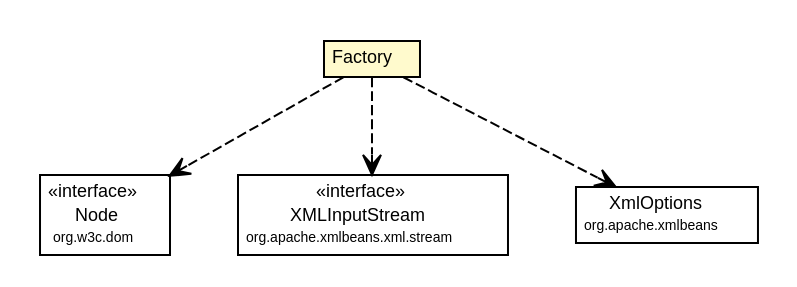
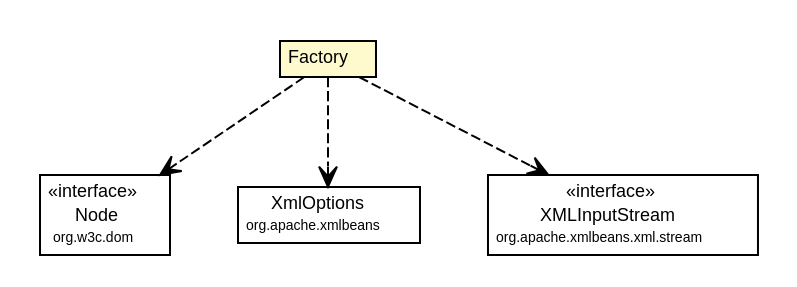
Before and after one commit to synchronoss/cpo-util: the diagram in site/apidocs/org/synchronoss/cpo/util/cpoUtilConfig/CtDataConfig.Factory.dot, drawn with Graphviz. The commit also changed 299 other files, not shown here.

Commit message:
Creating site for cpoUtil, 5.1.1-SNAPSHOT

```diff
--- a/site/apidocs/org/synchronoss/cpo/util/cpoUtilConfig/CtDataConfig.Factory.dot
+++ b/site/apidocs/org/synchronoss/cpo/util/cpoUtilConfig/CtDataConfig.Factory.dot
@@ -1,45 +1,45 @@
 #!/usr/local/bin/dot
 #
 # Class diagram 
 # Generated by UmlGraph version 4.6 (http://www.spinellis.gr/sw/umlgraph)
 #
 
 digraph G {
 	edge [fontname="Helvetica",fontsize=10,labelfontname="Helvetica",labelfontsize=10];
 	node [fontname="Helvetica",fontsize=10,shape=plaintext];
 	// org.synchronoss.cpo.util.cpoUtilConfig.CtDataConfig.Factory
 	c4689 [label=<<table border="0" cellborder="1" cellspacing="0" cellpadding="2" port="p" bgcolor="lemonChiffon" href="./CtDataConfig.Factory.html">
 		<tr><td><table border="0" cellspacing="0" cellpadding="1">
 			<tr><td> Factory </td></tr>
 		</table></td></tr>
 		</table>>, fontname="Helvetica", fontcolor="black", fontsize=9.0];
 	// org.synchronoss.cpo.util.cpoUtilConfig.CtDataConfig.Factory DEPEND org.w3c.dom.Node
 	c4689:p -> c4706:p [taillabel="", label="", headlabel="", fontname="Helvetica", fontcolor="black", fontsize=10.0, color="black", arrowhead=open, style=dashed];
+	// org.synchronoss.cpo.util.cpoUtilConfig.CtDataConfig.Factory DEPEND org.apache.xmlbeans.XmlOptions
+	c4689:p -> c4709:p [taillabel="", label="", headlabel="", fontname="Helvetica", fontcolor="black", fontsize=10.0, color="black", arrowhead=open, style=dashed];
 	// org.synchronoss.cpo.util.cpoUtilConfig.CtDataConfig.Factory DEPEND org.apache.xmlbeans.xml.stream.XMLInputStream
-	c4689:p -> c4707:p [taillabel="", label="", headlabel="", fontname="Helvetica", fontcolor="black", fontsize=10.0, color="black", arrowhead=open, style=dashed];
-	// org.synchronoss.cpo.util.cpoUtilConfig.CtDataConfig.Factory DEPEND org.apache.xmlbeans.XmlOptions
 	c4689:p -> c4710:p [taillabel="", label="", headlabel="", fontname="Helvetica", fontcolor="black", fontsize=10.0, color="black", arrowhead=open, style=dashed];
 	// org.apache.xmlbeans.xml.stream.XMLInputStream
-	c4707 [label=<<table border="0" cellborder="1" cellspacing="0" cellpadding="2" port="p" href="http://java.sun.com/j2se/1.4.2/docs/api/org/apache/xmlbeans/xml/stream/XMLInputStream.html">
+	c4710 [label=<<table border="0" cellborder="1" cellspacing="0" cellpadding="2" port="p" href="http://java.sun.com/j2se/1.4.2/docs/api/org/apache/xmlbeans/xml/stream/XMLInputStream.html">
 		<tr><td><table border="0" cellspacing="0" cellpadding="1">
 			<tr><td> &laquo;interface&raquo; </td></tr>
 			<tr><td> XMLInputStream </td></tr>
 			<tr><td><font point-size="7.0"> org.apache.xmlbeans.xml.stream </font></td></tr>
 		</table></td></tr>
 		</table>>, fontname="Helvetica", fontcolor="black", fontsize=9.0];
 	// org.w3c.dom.Node
 	c4706 [label=<<table border="0" cellborder="1" cellspacing="0" cellpadding="2" port="p" href="http://java.sun.com/j2se/1.4.2/docs/api/org/w3c/dom/Node.html">
 		<tr><td><table border="0" cellspacing="0" cellpadding="1">
 			<tr><td> &laquo;interface&raquo; </td></tr>
 			<tr><td> Node </td></tr>
 			<tr><td><font point-size="7.0"> org.w3c.dom </font></td></tr>
 		</table></td></tr>
 		</table>>, fontname="Helvetica", fontcolor="black", fontsize=9.0];
 	// org.apache.xmlbeans.XmlOptions
-	c4710 [label=<<table border="0" cellborder="1" cellspacing="0" cellpadding="2" port="p" href="http://java.sun.com/j2se/1.4.2/docs/api/org/apache/xmlbeans/XmlOptions.html">
+	c4709 [label=<<table border="0" cellborder="1" cellspacing="0" cellpadding="2" port="p" href="http://java.sun.com/j2se/1.4.2/docs/api/org/apache/xmlbeans/XmlOptions.html">
 		<tr><td><table border="0" cellspacing="0" cellpadding="1">
 			<tr><td> XmlOptions </td></tr>
 			<tr><td><font point-size="7.0"> org.apache.xmlbeans </font></td></tr>
 		</table></td></tr>
 		</table>>, fontname="Helvetica", fontcolor="black", fontsize=9.0];
 }
```
